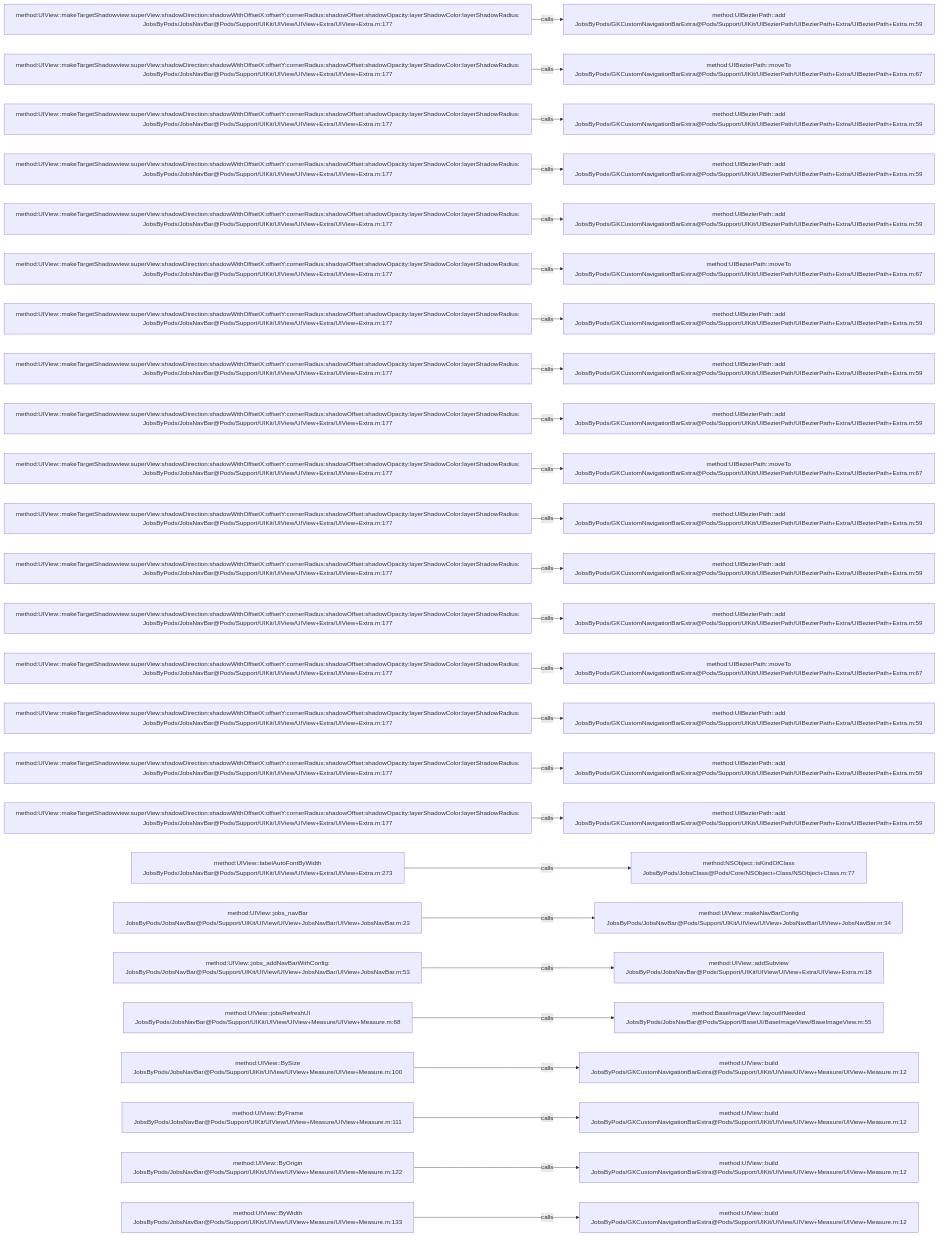
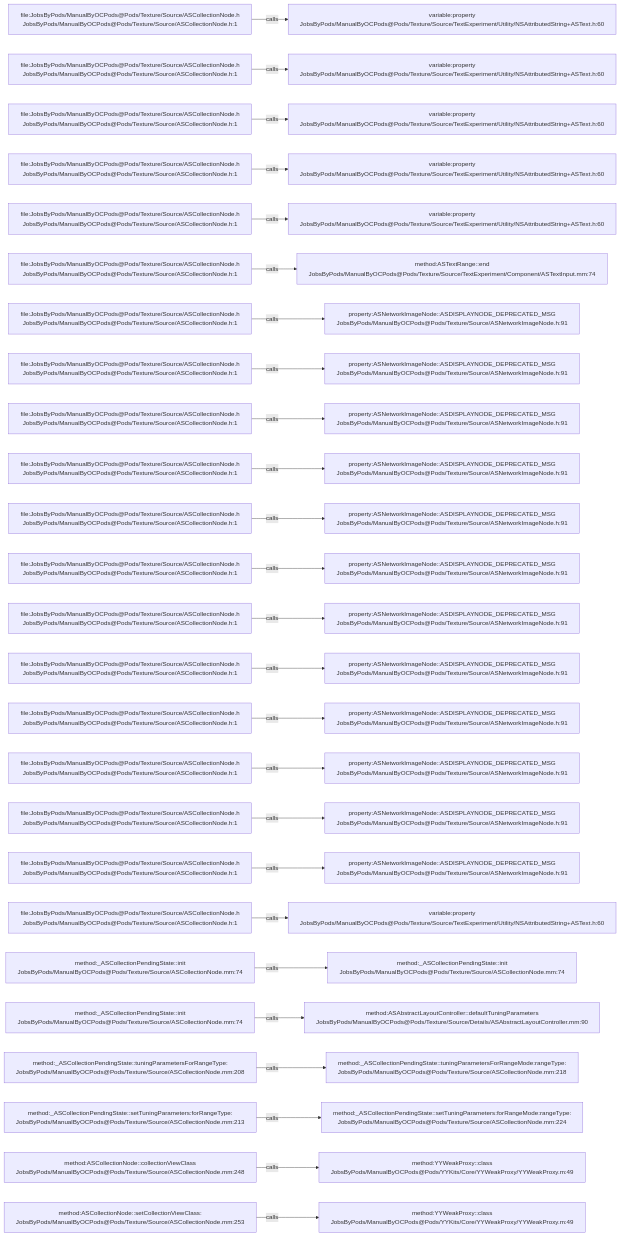
The diagram in .codegraph/codegraph.md/graphs/calls-083.md (JobsKits/JobsOCBaseConfigDemo), drawn with Mermaid before and after one commit. The commit also changed 2162 other files, not shown here.

````diff
--- a/.codegraph/codegraph.md/graphs/calls-083.md
+++ b/.codegraph/codegraph.md/graphs/calls-083.md
@@ -13,78 +13,78 @@
 ```mermaid
 flowchart LR
-  S1["method:UIView::makeTargetShadowview:superView:shadowDirection:shadowWithOffsetX:offsetY:cornerRadius:shadowOffset:shadowOpacity:layerShadowColor:layerShadowRadius:<br/>JobsByPods/JobsNavBar@Pods/Support/UIKit/UIView/UIView+Extra/UIView+Extra.m:177"]
-  T1["method:UIBezierPath::add<br/>JobsByPods/GKCustomNavigationBarExtra@Pods/Support/UIKit/UIBezierPath/UIBezierPath+Extra/UIBezierPath+Extra.m:59"]
+  S1["file:JobsByPods/ManualByOCPods@Pods/Texture/Source/ASCollectionNode.h<br/>JobsByPods/ManualByOCPods@Pods/Texture/Source/ASCollectionNode.h:1"]
+  T1["variable:property<br/>JobsByPods/ManualByOCPods@Pods/Texture/Source/TextExperiment/Utility/NSAttributedString+ASText.h:60"]
   S1 -->|calls| T1
-  S2["method:UIView::makeTargetShadowview:superView:shadowDirection:shadowWithOffsetX:offsetY:cornerRadius:shadowOffset:shadowOpacity:layerShadowColor:layerShadowRadius:<br/>JobsByPods/JobsNavBar@Pods/Support/UIKit/UIView/UIView+Extra/UIView+Extra.m:177"]
-  T2["method:UIBezierPath::moveTo<br/>JobsByPods/GKCustomNavigationBarExtra@Pods/Support/UIKit/UIBezierPath/UIBezierPath+Extra/UIBezierPath+Extra.m:67"]
+  S2["file:JobsByPods/ManualByOCPods@Pods/Texture/Source/ASCollectionNode.h<br/>JobsByPods/ManualByOCPods@Pods/Texture/Source/ASCollectionNode.h:1"]
+  T2["variable:property<br/>JobsByPods/ManualByOCPods@Pods/Texture/Source/TextExperiment/Utility/NSAttributedString+ASText.h:60"]
   S2 -->|calls| T2
-  S3["method:UIView::makeTargetShadowview:superView:shadowDirection:shadowWithOffsetX:offsetY:cornerRadius:shadowOffset:shadowOpacity:layerShadowColor:layerShadowRadius:<br/>JobsByPods/JobsNavBar@Pods/Support/UIKit/UIView/UIView+Extra/UIView+Extra.m:177"]
-  T3["method:UIBezierPath::add<br/>JobsByPods/GKCustomNavigationBarExtra@Pods/Support/UIKit/UIBezierPath/UIBezierPath+Extra/UIBezierPath+Extra.m:59"]
+  S3["file:JobsByPods/ManualByOCPods@Pods/Texture/Source/ASCollectionNode.h<br/>JobsByPods/ManualByOCPods@Pods/Texture/Source/ASCollectionNode.h:1"]
+  T3["variable:property<br/>JobsByPods/ManualByOCPods@Pods/Texture/Source/TextExperiment/Utility/NSAttributedString+ASText.h:60"]
   S3 -->|calls| T3
-  S4["method:UIView::makeTargetShadowview:superView:shadowDirection:shadowWithOffsetX:offsetY:cornerRadius:shadowOffset:shadowOpacity:layerShadowColor:layerShadowRadius:<br/>JobsByPods/JobsNavBar@Pods/Support/UIKit/UIView/UIView+Extra/UIView+Extra.m:177"]
-  T4["method:UIBezierPath::add<br/>JobsByPods/GKCustomNavigationBarExtra@Pods/Support/UIKit/UIBezierPath/UIBezierPath+Extra/UIBezierPath+Extra.m:59"]
+  S4["file:JobsByPods/ManualByOCPods@Pods/Texture/Source/ASCollectionNode.h<br/>JobsByPods/ManualByOCPods@Pods/Texture/Source/ASCollectionNode.h:1"]
+  T4["variable:property<br/>JobsByPods/ManualByOCPods@Pods/Texture/Source/TextExperiment/Utility/NSAttributedString+ASText.h:60"]
   S4 -->|calls| T4
-  S5["method:UIView::makeTargetShadowview:superView:shadowDirection:shadowWithOffsetX:offsetY:cornerRadius:shadowOffset:shadowOpacity:layerShadowColor:layerShadowRadius:<br/>JobsByPods/JobsNavBar@Pods/Support/UIKit/UIView/UIView+Extra/UIView+Extra.m:177"]
-  T5["method:UIBezierPath::add<br/>JobsByPods/GKCustomNavigationBarExtra@Pods/Support/UIKit/UIBezierPath/UIBezierPath+Extra/UIBezierPath+Extra.m:59"]
+  S5["file:JobsByPods/ManualByOCPods@Pods/Texture/Source/ASCollectionNode.h<br/>JobsByPods/ManualByOCPods@Pods/Texture/Source/ASCollectionNode.h:1"]
+  T5["variable:property<br/>JobsByPods/ManualByOCPods@Pods/Texture/Source/TextExperiment/Utility/NSAttributedString+ASText.h:60"]
   S5 -->|calls| T5
-  S6["method:UIView::makeTargetShadowview:superView:shadowDirection:shadowWithOffsetX:offsetY:cornerRadius:shadowOffset:shadowOpacity:layerShadowColor:layerShadowRadius:<br/>JobsByPods/JobsNavBar@Pods/Support/UIKit/UIView/UIView+Extra/UIView+Extra.m:177"]
-  T6["method:UIBezierPath::moveTo<br/>JobsByPods/GKCustomNavigationBarExtra@Pods/Support/UIKit/UIBezierPath/UIBezierPath+Extra/UIBezierPath+Extra.m:67"]
+  S6["file:JobsByPods/ManualByOCPods@Pods/Texture/Source/ASCollectionNode.h<br/>JobsByPods/ManualByOCPods@Pods/Texture/Source/ASCollectionNode.h:1"]
+  T6["method:ASTextRange::end<br/>JobsByPods/ManualByOCPods@Pods/Texture/Source/TextExperiment/Component/ASTextInput.mm:74"]
   S6 -->|calls| T6
-  S7["method:UIView::makeTargetShadowview:superView:shadowDirection:shadowWithOffsetX:offsetY:cornerRadius:shadowOffset:shadowOpacity:layerShadowColor:layerShadowRadius:<br/>JobsByPods/JobsNavBar@Pods/Support/UIKit/UIView/UIView+Extra/UIView+Extra.m:177"]
-  T7["method:UIBezierPath::add<br/>JobsByPods/GKCustomNavigationBarExtra@Pods/Support/UIKit/UIBezierPath/UIBezierPath+Extra/UIBezierPath+Extra.m:59"]
+  S7["file:JobsByPods/ManualByOCPods@Pods/Texture/Source/ASCollectionNode.h<br/>JobsByPods/ManualByOCPods@Pods/Texture/Source/ASCollectionNode.h:1"]
+  T7["property:ASNetworkImageNode::ASDISPLAYNODE_DEPRECATED_MSG<br/>JobsByPods/ManualByOCPods@Pods/Texture/Source/ASNetworkImageNode.h:91"]
   S7 -->|calls| T7
-  S8["method:UIView::makeTargetShadowview:superView:shadowDirection:shadowWithOffsetX:offsetY:cornerRadius:shadowOffset:shadowOpacity:layerShadowColor:layerShadowRadius:<br/>JobsByPods/JobsNavBar@Pods/Support/UIKit/UIView/UIView+Extra/UIView+Extra.m:177"]
-  T8["method:UIBezierPath::add<br/>JobsByPods/GKCustomNavigationBarExtra@Pods/Support/UIKit/UIBezierPath/UIBezierPath+Extra/UIBezierPath+Extra.m:59"]
+  S8["file:JobsByPods/ManualByOCPods@Pods/Texture/Source/ASCollectionNode.h<br/>JobsByPods/ManualByOCPods@Pods/Texture/Source/ASCollectionNode.h:1"]
+  T8["property:ASNetworkImageNode::ASDISPLAYNODE_DEPRECATED_MSG<br/>JobsByPods/ManualByOCPods@Pods/Texture/Source/ASNetworkImageNode.h:91"]
   S8 -->|calls| T8
-  S9["method:UIView::makeTargetShadowview:superView:shadowDirection:shadowWithOffsetX:offsetY:cornerRadius:shadowOffset:shadowOpacity:layerShadowColor:layerShadowRadius:<br/>JobsByPods/JobsNavBar@Pods/Support/UIKit/UIView/UIView+Extra/UIView+Extra.m:177"]
-  T9["method:UIBezierPath::add<br/>JobsByPods/GKCustomNavigationBarExtra@Pods/Support/UIKit/UIBezierPath/UIBezierPath+Extra/UIBezierPath+Extra.m:59"]
+  S9["file:JobsByPods/ManualByOCPods@Pods/Texture/Source/ASCollectionNode.h<br/>JobsByPods/ManualByOCPods@Pods/Texture/Source/ASCollectionNode.h:1"]
+  T9["property:ASNetworkImageNode::ASDISPLAYNODE_DEPRECATED_MSG<br/>JobsByPods/ManualByOCPods@Pods/Texture/Source/ASNetworkImageNode.h:91"]
   S9 -->|calls| T9
-  S10["method:UIView::makeTargetShadowview:superView:shadowDirection:shadowWithOffsetX:offsetY:cornerRadius:shadowOffset:shadowOpacity:layerShadowColor:layerShadowRadius:<br/>JobsByPods/JobsNavBar@Pods/Support/UIKit/UIView/UIView+Extra/UIView+Extra.m:177"]
-  T10["method:UIBezierPath::moveTo<br/>JobsByPods/GKCustomNavigationBarExtra@Pods/Support/UIKit/UIBezierPath/UIBezierPath+Extra/UIBezierPath+Extra.m:67"]
+  S10["file:JobsByPods/ManualByOCPods@Pods/Texture/Source/ASCollectionNode.h<br/>JobsByPods/ManualByOCPods@Pods/Texture/Source/ASCollectionNode.h:1"]
+  T10["property:ASNetworkImageNode::ASDISPLAYNODE_DEPRECATED_MSG<br/>JobsByPods/ManualByOCPods@Pods/Texture/Source/ASNetworkImageNode.h:91"]
   S10 -->|calls| T10
-  S11["method:UIView::makeTargetShadowview:superView:shadowDirection:shadowWithOffsetX:offsetY:cornerRadius:shadowOffset:shadowOpacity:layerShadowColor:layerShadowRadius:<br/>JobsByPods/JobsNavBar@Pods/Support/UIKit/UIView/UIView+Extra/UIView+Extra.m:177"]
-  T11["method:UIBezierPath::add<br/>JobsByPods/GKCustomNavigationBarExtra@Pods/Support/UIKit/UIBezierPath/UIBezierPath+Extra/UIBezierPath+Extra.m:59"]
+  S11["file:JobsByPods/ManualByOCPods@Pods/Texture/Source/ASCollectionNode.h<br/>JobsByPods/ManualByOCPods@Pods/Texture/Source/ASCollectionNode.h:1"]
+  T11["property:ASNetworkImageNode::ASDISPLAYNODE_DEPRECATED_MSG<br/>JobsByPods/ManualByOCPods@Pods/Texture/Source/ASNetworkImageNode.h:91"]
   S11 -->|calls| T11
-  S12["method:UIView::makeTargetShadowview:superView:shadowDirection:shadowWithOffsetX:offsetY:cornerRadius:shadowOffset:shadowOpacity:layerShadowColor:layerShadowRadius:<br/>JobsByPods/JobsNavBar@Pods/Support/UIKit/UIView/UIView+Extra/UIView+Extra.m:177"]
-  T12["method:UIBezierPath::add<br/>JobsByPods/GKCustomNavigationBarExtra@Pods/Support/UIKit/UIBezierPath/UIBezierPath+Extra/UIBezierPath+Extra.m:59"]
+  S12["file:JobsByPods/ManualByOCPods@Pods/Texture/Source/ASCollectionNode.h<br/>JobsByPods/ManualByOCPods@Pods/Texture/Source/ASCollectionNode.h:1"]
+  T12["property:ASNetworkImageNode::ASDISPLAYNODE_DEPRECATED_MSG<br/>JobsByPods/ManualByOCPods@Pods/Texture/Source/ASNetworkImageNode.h:91"]
   S12 -->|calls| T12
-  S13["method:UIView::makeTargetShadowview:superView:shadowDirection:shadowWithOffsetX:offsetY:cornerRadius:shadowOffset:shadowOpacity:layerShadowColor:layerShadowRadius:<br/>JobsByPods/JobsNavBar@Pods/Support/UIKit/UIView/UIView+Extra/UIView+Extra.m:177"]
-  T13["method:UIBezierPath::add<br/>JobsByPods/GKCustomNavigationBarExtra@Pods/Support/UIKit/UIBezierPath/UIBezierPath+Extra/UIBezierPath+Extra.m:59"]
+  S13["file:JobsByPods/ManualByOCPods@Pods/Texture/Source/ASCollectionNode.h<br/>JobsByPods/ManualByOCPods@Pods/Texture/Source/ASCollectionNode.h:1"]
+  T13["property:ASNetworkImageNode::ASDISPLAYNODE_DEPRECATED_MSG<br/>JobsByPods/ManualByOCPods@Pods/Texture/Source/ASNetworkImageNode.h:91"]
   S13 -->|calls| T13
-  S14["method:UIView::makeTargetShadowview:superView:shadowDirection:shadowWithOffsetX:offsetY:cornerRadius:shadowOffset:shadowOpacity:layerShadowColor:layerShadowRadius:<br/>JobsByPods/JobsNavBar@Pods/Support/UIKit/UIView/UIView+Extra/UIView+Extra.m:177"]
-  T14["method:UIBezierPath::moveTo<br/>JobsByPods/GKCustomNavigationBarExtra@Pods/Support/UIKit/UIBezierPath/UIBezierPath+Extra/UIBezierPath+Extra.m:67"]
+  S14["file:JobsByPods/ManualByOCPods@Pods/Texture/Source/ASCollectionNode.h<br/>JobsByPods/ManualByOCPods@Pods/Texture/Source/ASCollectionNode.h:1"]
+  T14["property:ASNetworkImageNode::ASDISPLAYNODE_DEPRECATED_MSG<br/>JobsByPods/ManualByOCPods@Pods/Texture/Source/ASNetworkImageNode.h:91"]
   S14 -->|calls| T14
-  S15["method:UIView::makeTargetShadowview:superView:shadowDirection:shadowWithOffsetX:offsetY:cornerRadius:shadowOffset:shadowOpacity:layerShadowColor:layerShadowRadius:<br/>JobsByPods/JobsNavBar@Pods/Support/UIKit/UIView/UIView+Extra/UIView+Extra.m:177"]
-  T15["method:UIBezierPath::add<br/>JobsByPods/GKCustomNavigationBarExtra@Pods/Support/UIKit/UIBezierPath/UIBezierPath+Extra/UIBezierPath+Extra.m:59"]
+  S15["file:JobsByPods/ManualByOCPods@Pods/Texture/Source/ASCollectionNode.h<br/>JobsByPods/ManualByOCPods@Pods/Texture/Source/ASCollectionNode.h:1"]
+  T15["property:ASNetworkImageNode::ASDISPLAYNODE_DEPRECATED_MSG<br/>JobsByPods/ManualByOCPods@Pods/Texture/Source/ASNetworkImageNode.h:91"]
   S15 -->|calls| T15
-  S16["method:UIView::makeTargetShadowview:superView:shadowDirection:shadowWithOffsetX:offsetY:cornerRadius:shadowOffset:shadowOpacity:layerShadowColor:layerShadowRadius:<br/>JobsByPods/JobsNavBar@Pods/Support/UIKit/UIView/UIView+Extra/UIView+Extra.m:177"]
-  T16["method:UIBezierPath::add<br/>JobsByPods/GKCustomNavigationBarExtra@Pods/Support/UIKit/UIBezierPath/UIBezierPath+Extra/UIBezierPath+Extra.m:59"]
+  S16["file:JobsByPods/ManualByOCPods@Pods/Texture/Source/ASCollectionNode.h<br/>JobsByPods/ManualByOCPods@Pods/Texture/Source/ASCollectionNode.h:1"]
+  T16["property:ASNetworkImageNode::ASDISPLAYNODE_DEPRECATED_MSG<br/>JobsByPods/ManualByOCPods@Pods/Texture/Source/ASNetworkImageNode.h:91"]
   S16 -->|calls| T16
-  S17["method:UIView::makeTargetShadowview:superView:shadowDirection:shadowWithOffsetX:offsetY:cornerRadius:shadowOffset:shadowOpacity:layerShadowColor:layerShadowRadius:<br/>JobsByPods/JobsNavBar@Pods/Support/UIKit/UIView/UIView+Extra/UIView+Extra.m:177"]
-  T17["method:UIBezierPath::add<br/>JobsByPods/GKCustomNavigationBarExtra@Pods/Support/UIKit/UIBezierPath/UIBezierPath+Extra/UIBezierPath+Extra.m:59"]
+  S17["file:JobsByPods/ManualByOCPods@Pods/Texture/Source/ASCollectionNode.h<br/>JobsByPods/ManualByOCPods@Pods/Texture/Source/ASCollectionNode.h:1"]
+  T17["property:ASNetworkImageNode::ASDISPLAYNODE_DEPRECATED_MSG<br/>JobsByPods/ManualByOCPods@Pods/Texture/Source/ASNetworkImageNode.h:91"]
   S17 -->|calls| T17
-  S18["method:UIView::labelAutoFontByWidth<br/>JobsByPods/JobsNavBar@Pods/Support/UIKit/UIView/UIView+Extra/UIView+Extra.m:273"]
-  T18["method:NSObject::isKindOfClass<br/>JobsByPods/JobsClass@Pods/Core/NSObject+Class/NSObject+Class.m:77"]
+  S18["file:JobsByPods/ManualByOCPods@Pods/Texture/Source/ASCollectionNode.h<br/>JobsByPods/ManualByOCPods@Pods/Texture/Source/ASCollectionNode.h:1"]
+  T18["property:ASNetworkImageNode::ASDISPLAYNODE_DEPRECATED_MSG<br/>JobsByPods/ManualByOCPods@Pods/Texture/Source/ASNetworkImageNode.h:91"]
   S18 -->|calls| T18
-  S19["method:UIView::jobs_navBar<br/>JobsByPods/JobsNavBar@Pods/Support/UIKit/UIView/UIView+JobsNavBar/UIView+JobsNavBar.m:23"]
-  T19["method:UIView::makeNavBarConfig<br/>JobsByPods/JobsNavBar@Pods/Support/UIKit/UIView/UIView+JobsNavBar/UIView+JobsNavBar.m:34"]
+  S19["file:JobsByPods/ManualByOCPods@Pods/Texture/Source/ASCollectionNode.h<br/>JobsByPods/ManualByOCPods@Pods/Texture/Source/ASCollectionNode.h:1"]
+  T19["variable:property<br/>JobsByPods/ManualByOCPods@Pods/Texture/Source/TextExperiment/Utility/NSAttributedString+ASText.h:60"]
   S19 -->|calls| T19
-  S20["method:UIView::jobs_addNavBarWithConfig:<br/>JobsByPods/JobsNavBar@Pods/Support/UIKit/UIView/UIView+JobsNavBar/UIView+JobsNavBar.m:53"]
-  T20["method:UIView::addSubview<br/>JobsByPods/JobsNavBar@Pods/Support/UIKit/UIView/UIView+Extra/UIView+Extra.m:18"]
+  S20["method:_ASCollectionPendingState::init<br/>JobsByPods/ManualByOCPods@Pods/Texture/Source/ASCollectionNode.mm:74"]
+  T20["method:_ASCollectionPendingState::init<br/>JobsByPods/ManualByOCPods@Pods/Texture/Source/ASCollectionNode.mm:74"]
   S20 -->|calls| T20
-  S21["method:UIView::jobsRefreshUI<br/>JobsByPods/JobsNavBar@Pods/Support/UIKit/UIView/UIView+Measure/UIView+Measure.m:68"]
-  T21["method:BaseImageView::layoutIfNeeded<br/>JobsByPods/JobsNavBar@Pods/Support/BaseUI/BaseImageView/BaseImageView.m:55"]
+  S21["method:_ASCollectionPendingState::init<br/>JobsByPods/ManualByOCPods@Pods/Texture/Source/ASCollectionNode.mm:74"]
+  T21["method:ASAbstractLayoutController::defaultTuningParameters<br/>JobsByPods/ManualByOCPods@Pods/Texture/Source/Details/ASAbstractLayoutController.mm:90"]
   S21 -->|calls| T21
-  S22["method:UIView::BySize<br/>JobsByPods/JobsNavBar@Pods/Support/UIKit/UIView/UIView+Measure/UIView+Measure.m:100"]
-  T22["method:UIView::build<br/>JobsByPods/GKCustomNavigationBarExtra@Pods/Support/UIKit/UIView/UIView+Measure/UIView+Measure.m:12"]
+  S22["method:_ASCollectionPendingState::tuningParametersForRangeType:<br/>JobsByPods/ManualByOCPods@Pods/Texture/Source/ASCollectionNode.mm:208"]
+  T22["method:_ASCollectionPendingState::tuningParametersForRangeMode:rangeType:<br/>JobsByPods/ManualByOCPods@Pods/Texture/Source/ASCollectionNode.mm:218"]
   S22 -->|calls| T22
-  S23["method:UIView::ByFrame<br/>JobsByPods/JobsNavBar@Pods/Support/UIKit/UIView/UIView+Measure/UIView+Measure.m:111"]
-  T23["method:UIView::build<br/>JobsByPods/GKCustomNavigationBarExtra@Pods/Support/UIKit/UIView/UIView+Measure/UIView+Measure.m:12"]
+  S23["method:_ASCollectionPendingState::setTuningParameters:forRangeType:<br/>JobsByPods/ManualByOCPods@Pods/Texture/Source/ASCollectionNode.mm:213"]
+  T23["method:_ASCollectionPendingState::setTuningParameters:forRangeMode:rangeType:<br/>JobsByPods/ManualByOCPods@Pods/Texture/Source/ASCollectionNode.mm:224"]
   S23 -->|calls| T23
-  S24["method:UIView::ByOrigin<br/>JobsByPods/JobsNavBar@Pods/Support/UIKit/UIView/UIView+Measure/UIView+Measure.m:122"]
-  T24["method:UIView::build<br/>JobsByPods/GKCustomNavigationBarExtra@Pods/Support/UIKit/UIView/UIView+Measure/UIView+Measure.m:12"]
+  S24["method:ASCollectionNode::collectionViewClass<br/>JobsByPods/ManualByOCPods@Pods/Texture/Source/ASCollectionNode.mm:248"]
+  T24["method:YYWeakProxy::class<br/>JobsByPods/ManualByOCPods@Pods/YYKits/Core/YYWeakProxy/YYWeakProxy.m:49"]
   S24 -->|calls| T24
-  S25["method:UIView::ByWidth<br/>JobsByPods/JobsNavBar@Pods/Support/UIKit/UIView/UIView+Measure/UIView+Measure.m:133"]
-  T25["method:UIView::build<br/>JobsByPods/GKCustomNavigationBarExtra@Pods/Support/UIKit/UIView/UIView+Measure/UIView+Measure.m:12"]
+  S25["method:ASCollectionNode::setCollectionViewClass:<br/>JobsByPods/ManualByOCPods@Pods/Texture/Source/ASCollectionNode.mm:253"]
+  T25["method:YYWeakProxy::class<br/>JobsByPods/ManualByOCPods@Pods/YYKits/Core/YYWeakProxy/YYWeakProxy.m:49"]
   S25 -->|calls| T25
 ```
````
